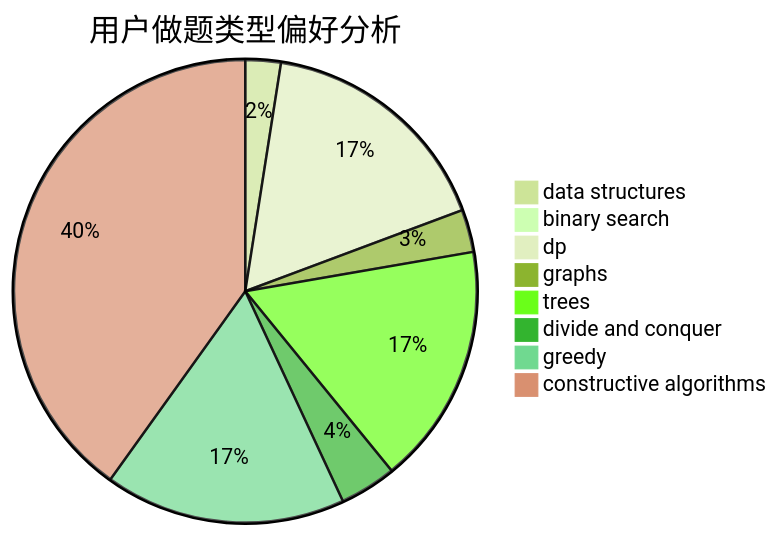
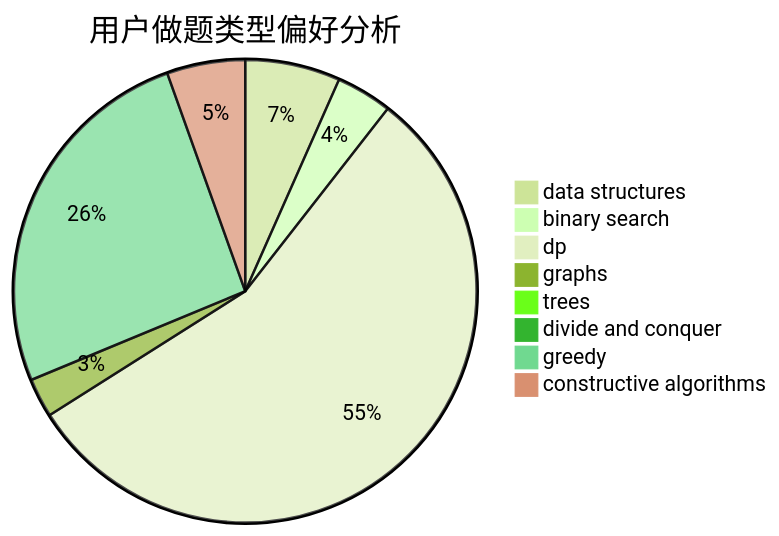
Before and after one commit to sherpahu/cfrs.github.io: the second of 3 diagrams in docs/user/u2445.md, drawn with Mermaid (forest theme). The commit also changed other lines of this file and 2770 other files, not shown here.

````diff
--- a/docs/user/u2445.md
+++ b/docs/user/u2445.md
@@ -23,11 +23,11 @@
 ```mermaid
 pie title 用户做题类型偏好分析
-    "data structures" :  5
-    "binary search" :  0
-    "dp" :  34
-    "graphs" :  6
-    "trees" :  34
-    "divide and conquer" :  8
-    "greedy" :  34
-    "constructive algorithms" :  81
+    "data structures" :  17
+    "binary search" :  10
+    "dp" :  142
+    "graphs" :  7
+    "trees" :  1
+    "divide and conquer" :  1
+    "greedy" :  66
+    "constructive algorithms" :  14
 ```
````
